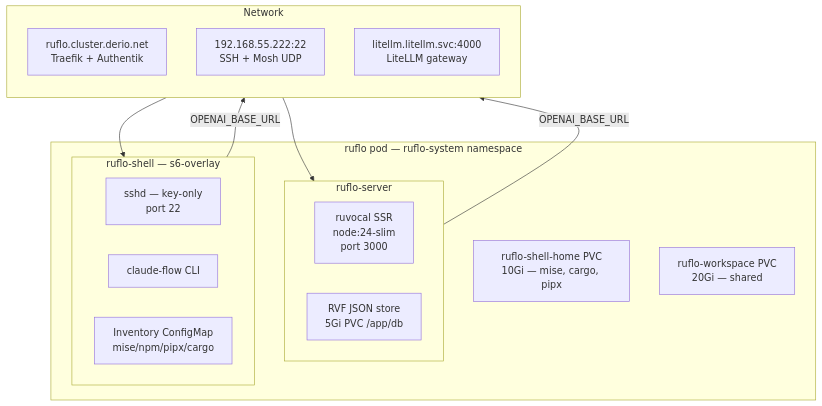
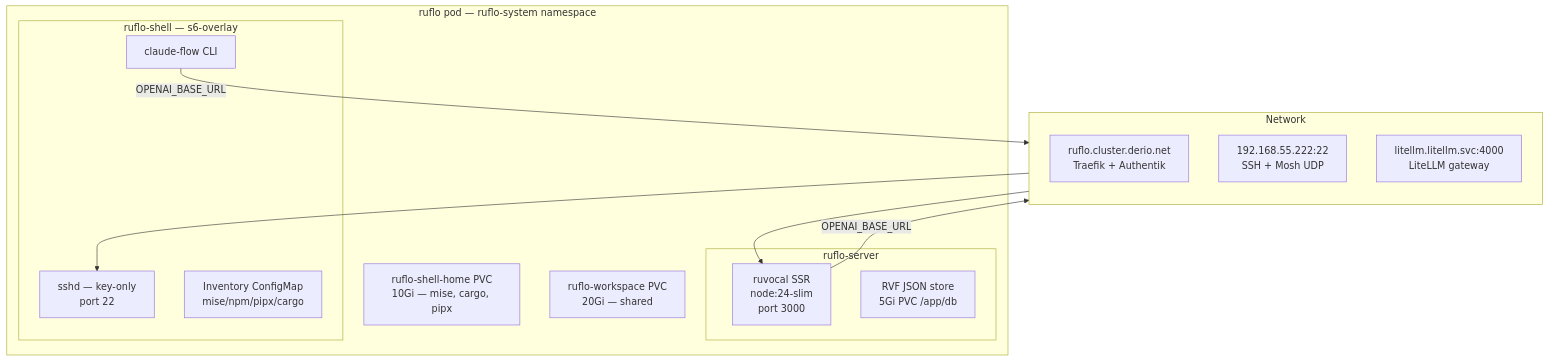
One commit to derio-net/frank changed the diagram in blog/content/docs/building/29-ruflo/index.md. Above: the diagram before and after it, drawn with Mermaid. The commit also changed 24 other files, not shown here.

````diff
--- a/blog/content/docs/building/29-ruflo/index.md
+++ b/blog/content/docs/building/29-ruflo/index.md
@@ -21,27 +21,27 @@
 ```mermaid
 flowchart TD
   subgraph Pod[ruflo pod — ruflo-system namespace]
     subgraph Server[ruflo-server]
       RUV[ruvocal SSR<br/>node:24-slim<br/>port 3000]
       RVF[RVF JSON store<br/>5Gi PVC /app/db]
     end
     subgraph Shell[ruflo-shell — s6-overlay]
       SSHD[sshd — key-only<br/>port 22]
       CF[claude-flow CLI]
       INV[Inventory ConfigMap<br/>mise/npm/pipx/cargo]
     end
     SH[ruflo-shell-home PVC<br/>10Gi — mise, cargo, pipx]
     WS[ruflo-workspace PVC<br/>20Gi — shared]
   end
   subgraph Network
     direction TB
     WEB[ruflo.cluster.derio.net<br/>Traefik + Authentik]
     SSH[192.168.55.222:22<br/>SSH + Mosh UDP]
     LLM[litellm.litellm.svc:4000<br/>LiteLLM gateway]
   end
 
-  Shell -->|OPENAI_BASE_URL| LLM
-  Server -->|OPENAI_BASE_URL| LLM
-  WEB --> Server
-  SSH --> Shell
+  CF -->|OPENAI_BASE_URL| LLM
+  RUV -->|OPENAI_BASE_URL| LLM
+  WEB --> RUV
+  SSH --> SSHD
 ```
````
